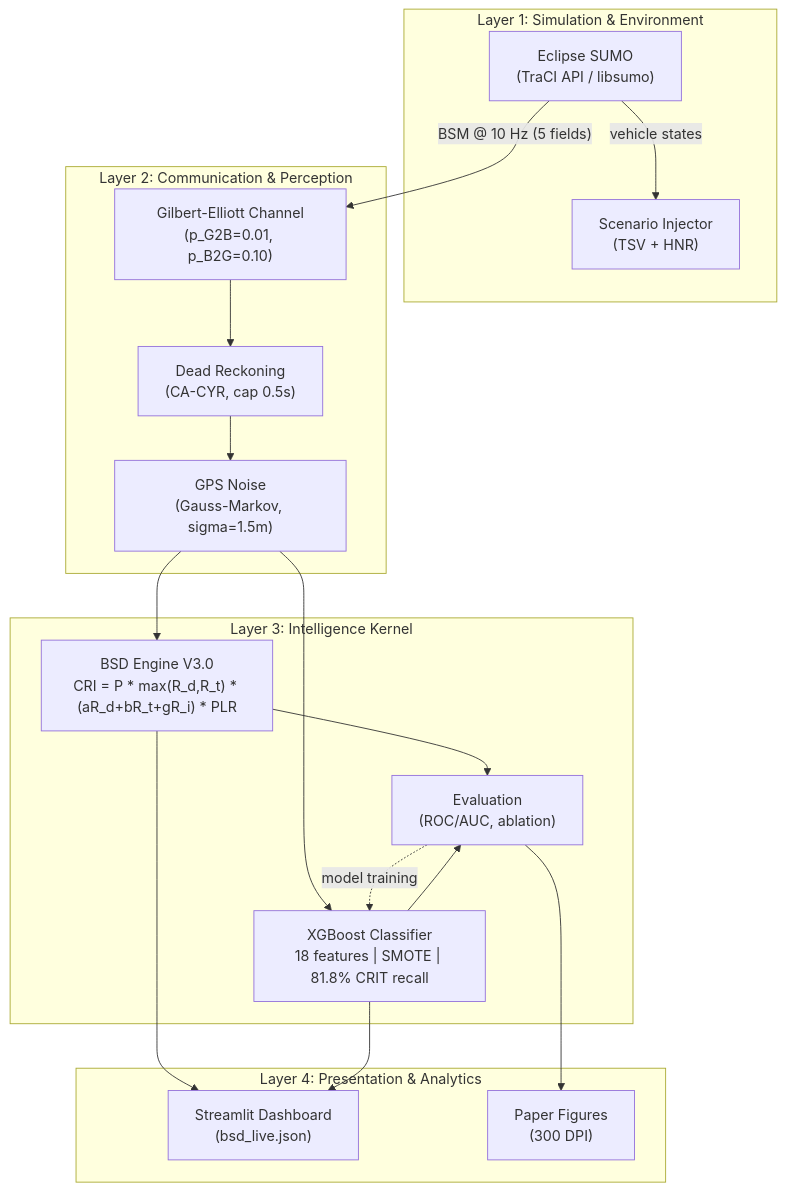
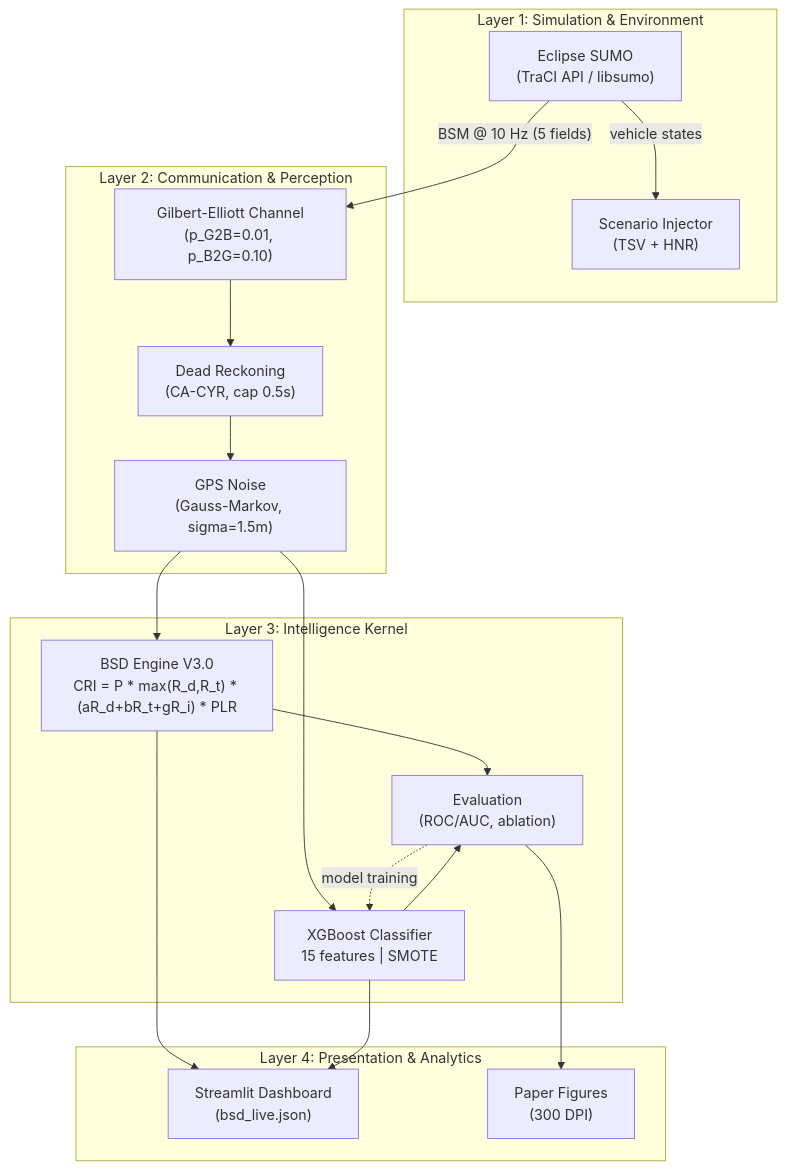
One commit to omkarrr88/V2V changed the diagram in README.md. Above: the diagram before and after it, drawn with Mermaid. The commit also changed other lines of this file and 8 other files, not shown here.

````diff
--- a/README.md
+++ b/README.md
@@ -76,26 +76,26 @@
 ```mermaid
 graph TD
     subgraph "Layer 1: Simulation & Environment"
         SUMO["Eclipse SUMO\n(TraCI API / libsumo)"] -- "vehicle states" --> Inj["Scenario Injector\n(TSV + HNR)"]
     end
 
     subgraph "Layer 2: Communication & Perception"
         SUMO -- "BSM @ 10 Hz (5 fields)" --> Comm["Gilbert-Elliott Channel\n(p_G2B=0.01, p_B2G=0.10)"]
         Comm --> DR["Dead Reckoning\n(CA-CYR, cap 0.5s)"]
         DR --> GPS["GPS Noise\n(Gauss-Markov, sigma=1.5m)"]
     end
 
     subgraph "Layer 3: Intelligence Kernel"
         GPS --> Engine["BSD Engine V3.0\nCRI = P * max(R_d,R_t) * (aR_d+bR_t+gR_i) * PLR"]
-        GPS --> AI["XGBoost Classifier\n18 features | SMOTE | 81.8% CRIT recall"]
+        GPS --> AI["XGBoost Classifier\n15 features | SMOTE"]
         Eval["Evaluation\n(ROC/AUC, ablation)"] -. "model training" .-> AI
     end
 
     subgraph "Layer 4: Presentation & Analytics"
         Engine --> Dash["Streamlit Dashboard\n(bsd_live.json)"]
         AI --> Dash
         Engine --> Eval
         AI --> Eval
         Eval --> Paper["Paper Figures\n(300 DPI)"]
     end
 ```
````
